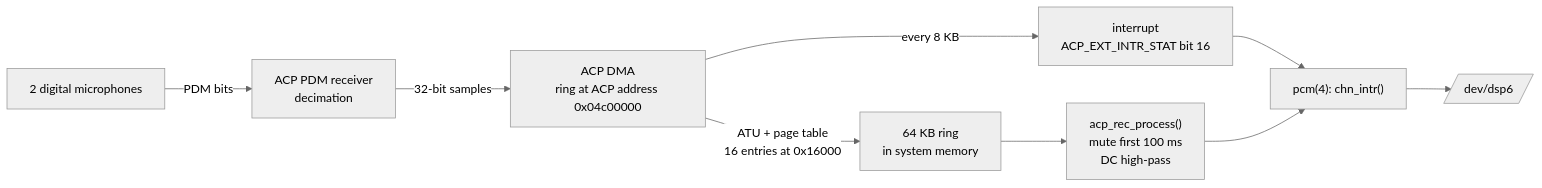
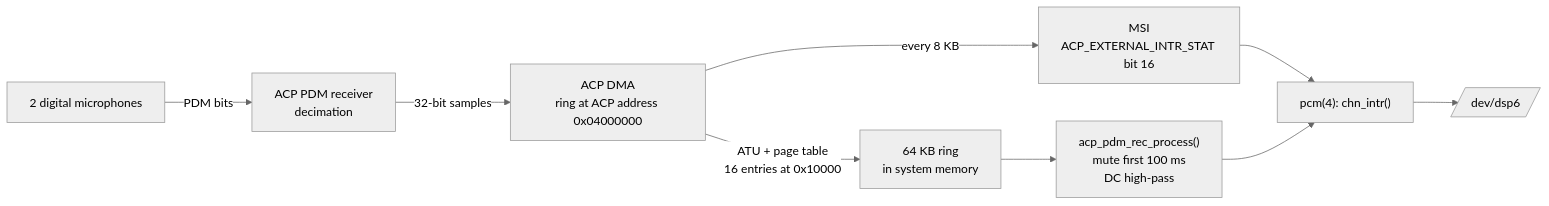
Before and after one commit to ocochard/myscripts: the second of 2 diagrams in FreeBSD/docs/snd_acp_dmic.md, drawn with Mermaid (neutral theme). The commit also changed other lines of this file and 2 other files, not shown here.

First line of the commit message:
FreeBSD/docs: snd_acp70 builds on wulf's PDM capture driver

````diff
--- a/FreeBSD/docs/snd_acp_dmic.md
+++ b/FreeBSD/docs/snd_acp_dmic.md
@@ -83,11 +92,11 @@
 ```mermaid
 flowchart LR
   MIC[2 digital microphones] -- PDM bits --> PDM[ACP PDM receiver<br>decimation]
-  PDM -- 32-bit samples --> DMA[ACP DMA<br>ring at ACP address 0x04c00000]
-  DMA -- ATU + page table<br>16 entries at 0x16000 --> RAM[64 KB ring<br>in system memory]
-  DMA -- every 8 KB --> IRQ[interrupt<br>ACP_EXT_INTR_STAT bit 16]
+  PDM -- 32-bit samples --> DMA[ACP DMA<br>ring at ACP address 0x04000000]
+  DMA -- ATU + page table<br>16 entries at 0x10000 --> RAM[64 KB ring<br>in system memory]
+  DMA -- every 8 KB --> IRQ[MSI<br>ACP_EXTERNAL_INTR_STAT bit 16]
   IRQ --> PCM["pcm(4): chn_intr()"]
-  RAM --> PROC["acp_rec_process()<br>mute first 100 ms<br>DC high-pass"]
+  RAM --> PROC["acp_pdm_rec_process()<br>mute first 100 ms<br>DC high-pass"]
   PROC --> PCM
   PCM --> DSP[/dev/dsp6/]
 ```
````
